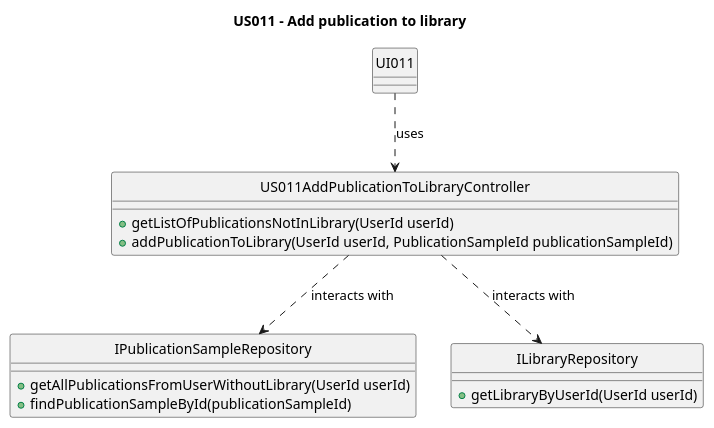
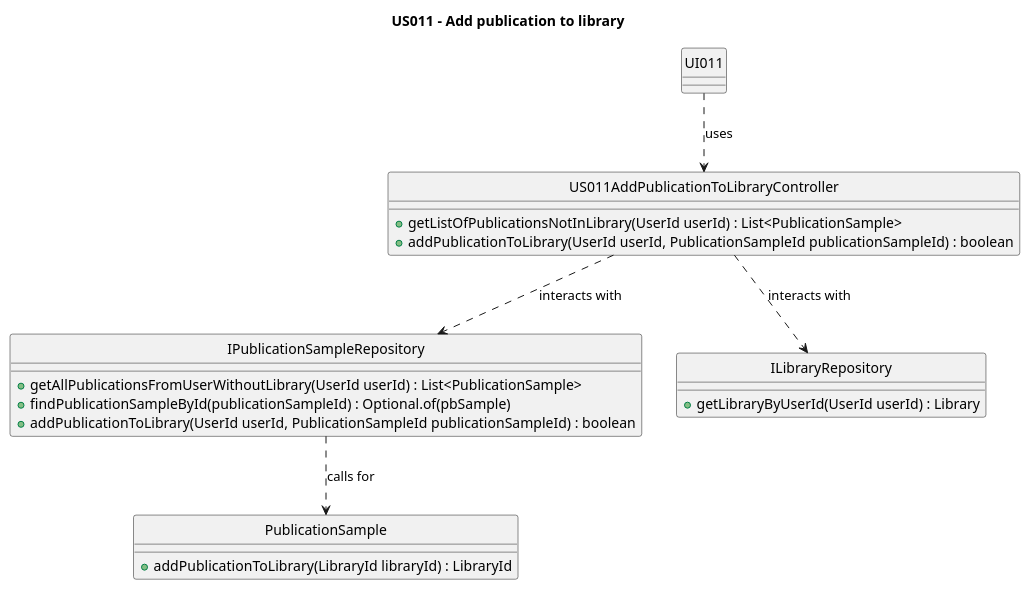
One commit to AndrePereiraGitH/SWitCH-Project-Team_A changed the diagram in Diagrams/ClassDiagrams/US011-to-add-a-publication-to-library.puml. Above: the diagram before and after it, drawn with PlantUML. The commit also changed 1 other file, not shown here.

```diff
--- a/Diagrams/ClassDiagrams/US011-to-add-a-publication-to-library.puml
+++ b/Diagrams/ClassDiagrams/US011-to-add-a-publication-to-library.puml
@@ -1,37 +1,44 @@
 @startuml
 title US011 - Add publication to library
 hide circle
 
 class UI011 {
 }
 
 class US011AddPublicationToLibraryController {
-    + getListOfPublicationsNotInLibrary(UserId userId)
-    + addPublicationToLibrary(UserId userId, PublicationSampleId publicationSampleId)
+    + getListOfPublicationsNotInLibrary(UserId userId) : List<PublicationSample>
+    + addPublicationToLibrary(UserId userId, PublicationSampleId publicationSampleId) : boolean
 }
 
 
 
 class IPublicationSampleRepository {
-    + getAllPublicationsFromUserWithoutLibrary(UserId userId)
-    +findPublicationSampleById(publicationSampleId)
+    + getAllPublicationsFromUserWithoutLibrary(UserId userId) : List<PublicationSample>
+    + findPublicationSampleById(publicationSampleId) : Optional.of(pbSample)
+    + addPublicationToLibrary(UserId userId, PublicationSampleId publicationSampleId) : boolean
+
+}
+
+class PublicationSample {
+    + addPublicationToLibrary(LibraryId libraryId) : LibraryId
 
 }
 
 
 
 class ILibraryRepository {
-    + getLibraryByUserId(UserId userId)
+    + getLibraryByUserId(UserId userId) : Library
 
 }
 
 
 ' ---------------- Relationships ----------------
 
 UI011 ..> US011AddPublicationToLibraryController : uses
 US011AddPublicationToLibraryController ..> IPublicationSampleRepository: interacts with
 US011AddPublicationToLibraryController ..>ILibraryRepository : interacts with
+IPublicationSampleRepository ..> PublicationSample : calls for
 
 
 
 @enduml
```
